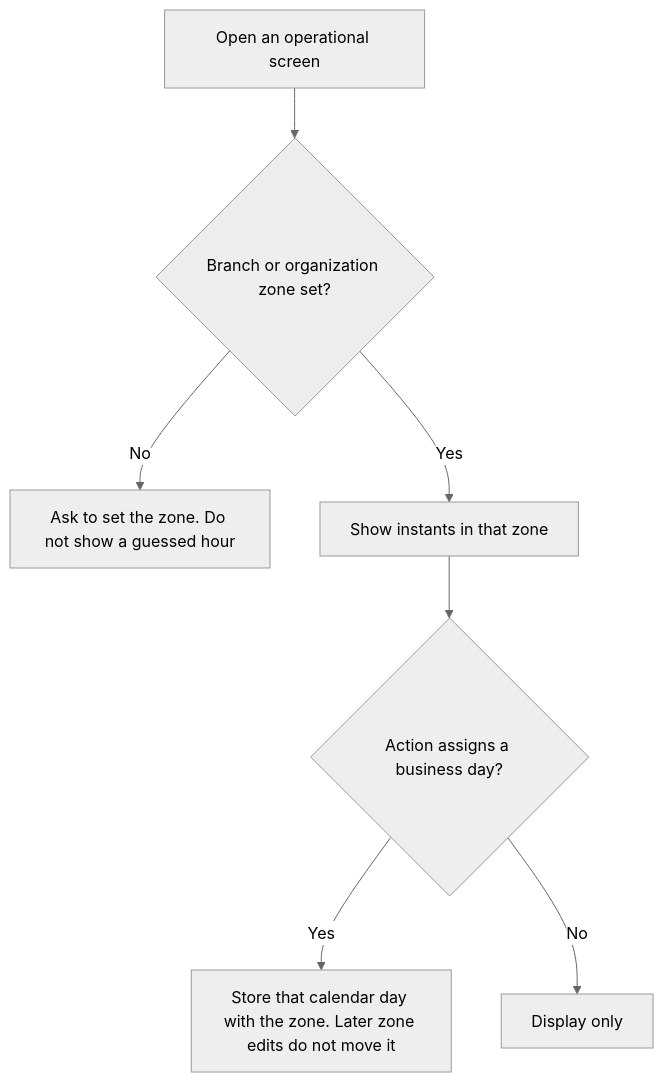
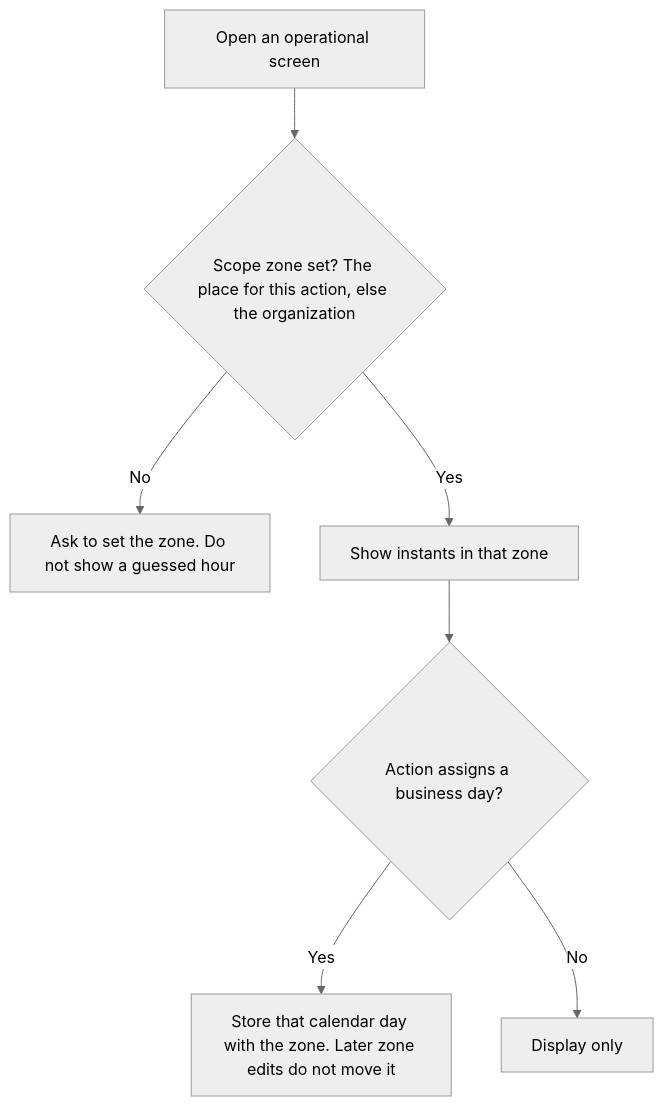
The diagram in docs/features/Time_and_Timezone/user_guide_mermaid.md (GhAli21/cleanmatex), drawn with Mermaid (neutral theme) before and after one commit. The commit also changed 83 other files, not shown here.

````diff
--- a/docs/features/Time_and_Timezone/user_guide_mermaid.md
+++ b/docs/features/Time_and_Timezone/user_guide_mermaid.md
@@ -3,9 +3,9 @@
 ```mermaid
 flowchart TD
-  open[Open an operational screen] --> zone{Branch or organization zone set?}
+  open[Open an operational screen] --> zone{Scope zone set? The place for this action, else the organization}
   zone -->|No| ask[Ask to set the zone. Do not show a guessed hour]
   zone -->|Yes| show[Show instants in that zone]
   show --> act{Action assigns a business day?}
   act -->|Yes| freeze[Store that calendar day with the zone. Later zone edits do not move it]
   act -->|No| done[Display only]
 ```
````
